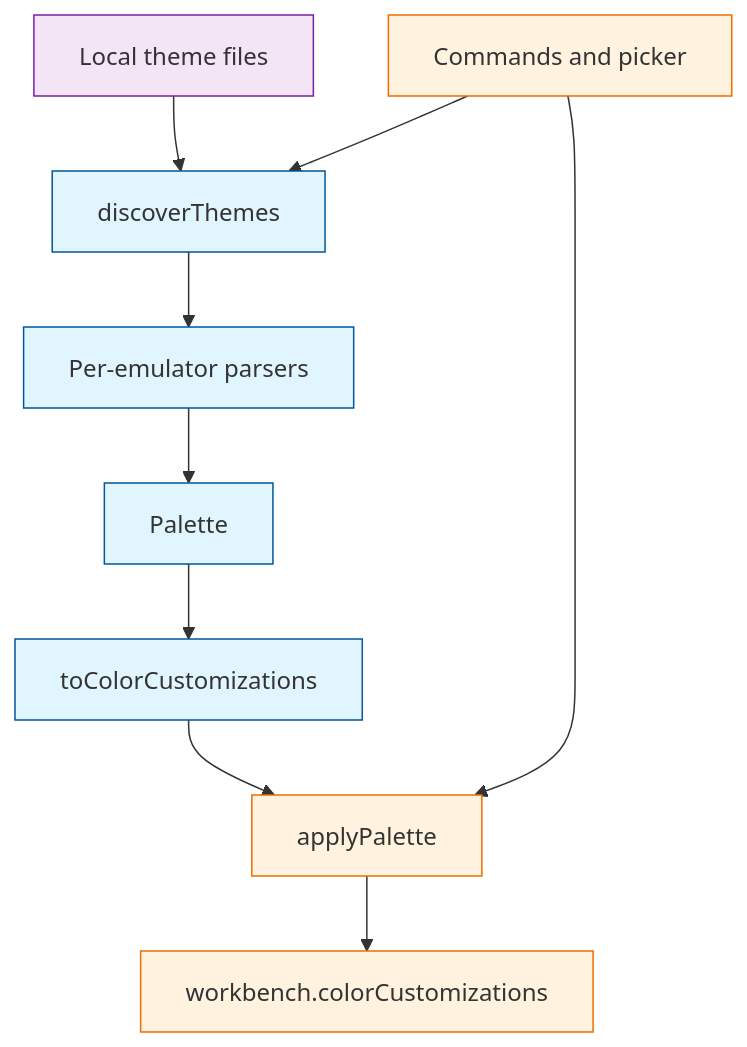
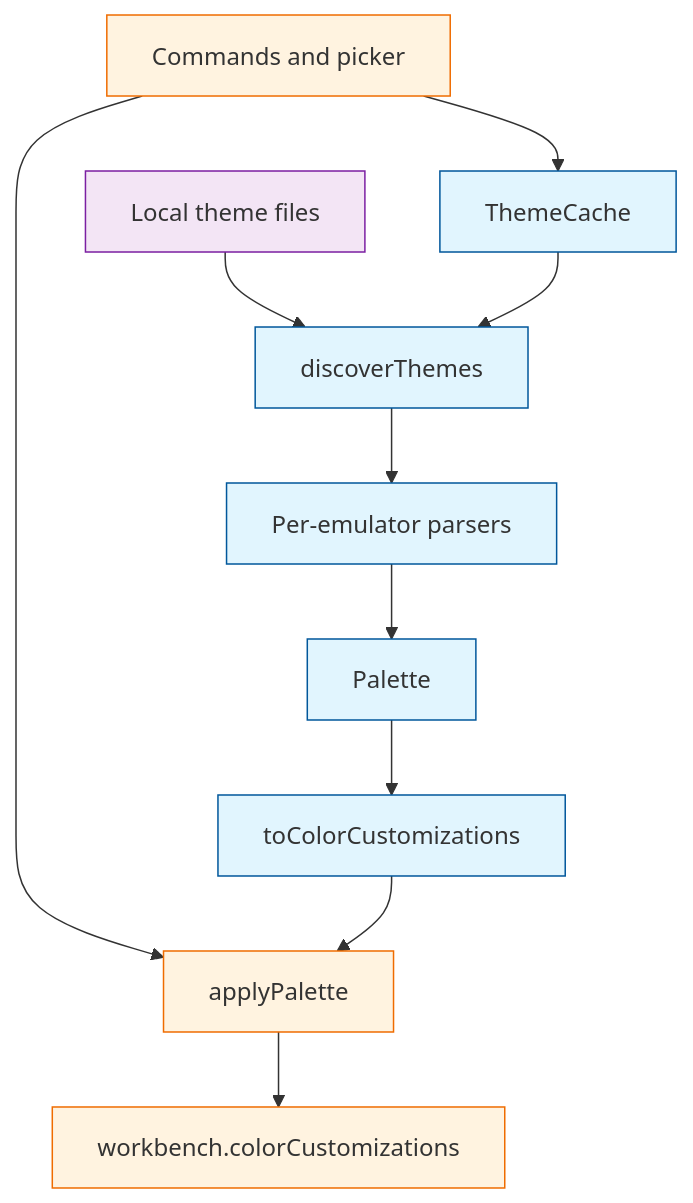
One commit to Texarkanine/termeleon changed the diagram in memory-bank/systemPatterns.md. Above: the diagram before and after it, drawn with Mermaid. The commit also changed other lines of this file and 12 other files, not shown here.

````diff
--- a/memory-bank/systemPatterns.md
+++ b/memory-bank/systemPatterns.md
@@ -16,15 +16,16 @@
 ```mermaid
 graph TD
     classDef core fill:#e1f5fe,stroke:#01579b;
     classDef vscode fill:#fff3e0,stroke:#ef6c00;
     classDef disk fill:#f3e5f5,stroke:#7b1fa2;
 
     Disk["Local theme files"]:::disk --> Discover["discoverThemes"]:::core
     Discover --> Parsers["Per-emulator parsers"]:::core
     Parsers --> Palette["Palette"]:::core
     Palette --> Map["toColorCustomizations"]:::core
-    Ext["Commands and picker"]:::vscode --> Discover
+    Ext["Commands and picker"]:::vscode --> Cache["ThemeCache"]:::core
+    Cache --> Discover
     Ext --> Apply["applyPalette"]:::vscode
     Map --> Apply
     Apply --> Settings["workbench.colorCustomizations"]:::vscode
 ```
````
